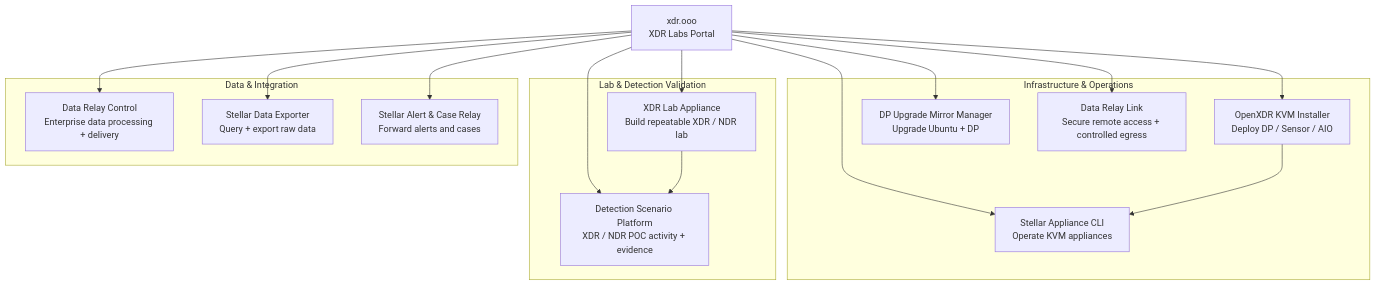
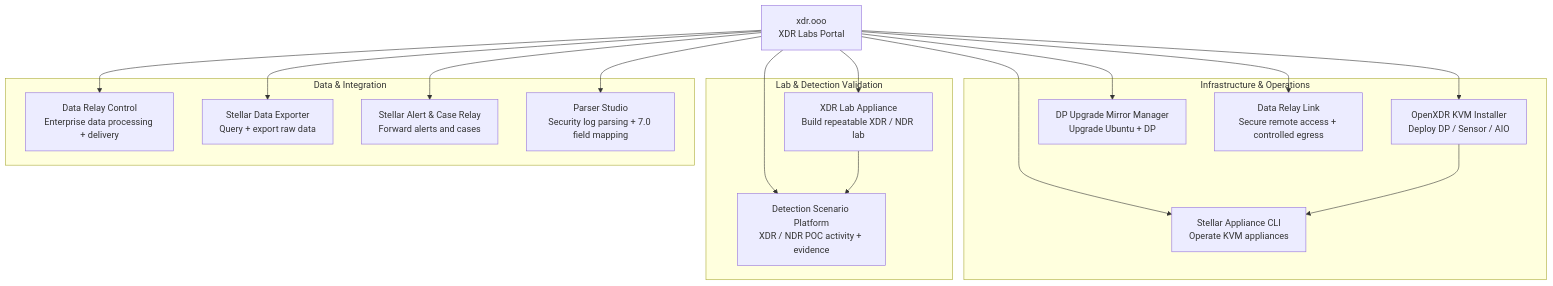
One commit to xdr-labs/xdr-labs-portal changed the diagram in project-map.mdx. Above: the diagram before and after it, drawn with Mermaid. The commit also changed other lines of this file and 10 other files, not shown here.

First line of the commit message:
docs: add Parser Studio product pages to XDR Labs portal (#32)

````diff
--- a/project-map.mdx
+++ b/project-map.mdx
@@ -10,35 +10,37 @@
 ```mermaid
 flowchart TD
     P[xdr.ooo\nXDR Labs Portal]
 
     subgraph INFRA[Infrastructure & Operations]
       KVM[OpenXDR KVM Installer\nDeploy DP / Sensor / AIO]
       UPG[DP Upgrade Mirror Manager\nUpgrade Ubuntu + DP]
       CLI[Stellar Appliance CLI\nOperate KVM appliances]
       LINK[Data Relay Link\nSecure remote access + controlled egress]
     end
 
     subgraph LAB[Lab & Detection Validation]
       XLAB[XDR Lab Appliance\nBuild repeatable XDR / NDR lab]
       DSP[Detection Scenario Platform\nXDR / NDR POC activity + evidence]
     end
 
     subgraph DATA[Data & Integration]
       CTRL[Data Relay Control\nEnterprise data processing + delivery]
       EXP[Stellar Data Exporter\nQuery + export raw data]
       SYS[Stellar Alert & Case Relay\nForward alerts and cases]
+      PARSE[Parser Studio\nSecurity log parsing + 7.0 field mapping]
     end
 
     P --> KVM
     P --> UPG
     P --> CLI
     P --> LINK
     P --> XLAB
     P --> DSP
     P --> CTRL
     P --> EXP
     P --> SYS
+    P --> PARSE
 
     KVM --> CLI
     XLAB --> DSP
 ```
````
